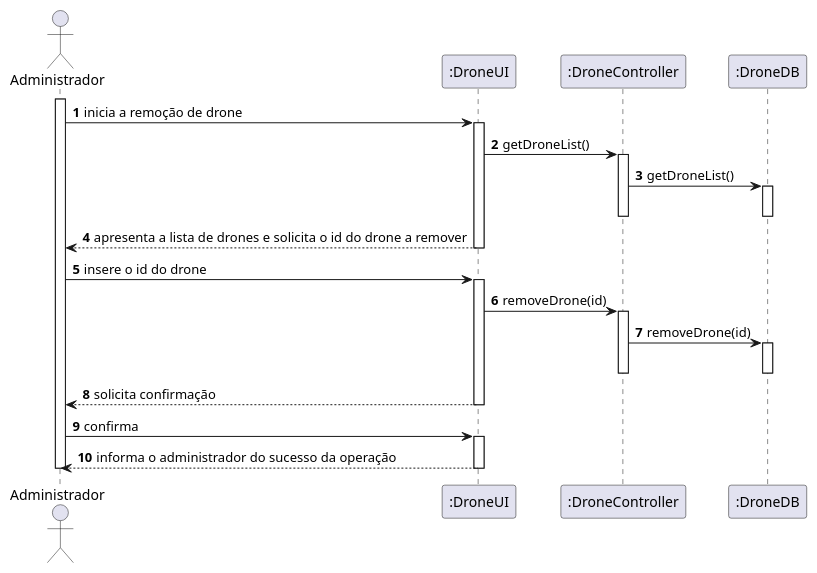
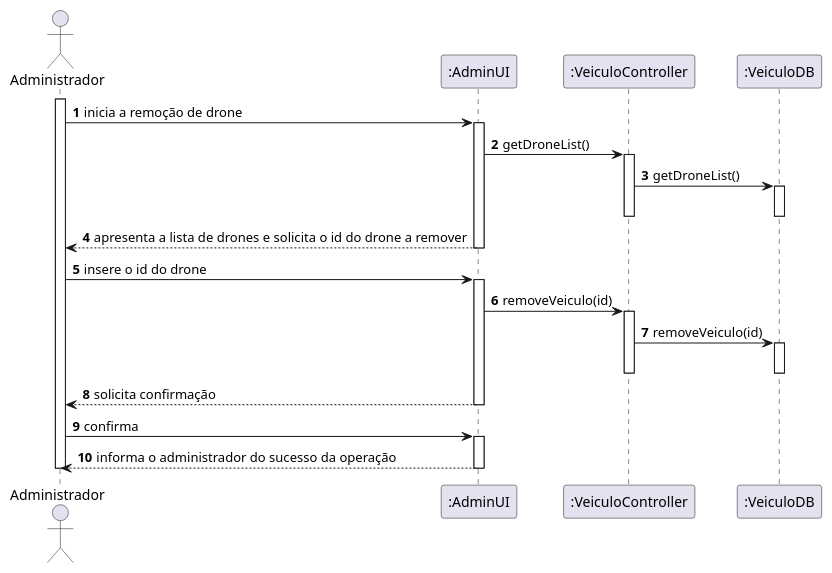
The diagram in docs/UC17/UC17_RemoverDrone_SD.puml (pedrolemos4/LAPR3), drawn with PlantUML before and after one commit. The commit also changed 7 other files, not shown here.

```diff
--- a/docs/UC17/UC17_RemoverDrone_SD.puml
+++ b/docs/UC17/UC17_RemoverDrone_SD.puml
@@ -1,42 +1,42 @@
 @startuml
 autonumber
 
 actor "Administrador" as ADMIN
 
-participant ":DroneUI" as UI
-participant ":DroneController" as CTRL
-participant ":DroneDB" as DRDB
+participant ":AdminUI" as UI
+participant ":VeiculoController" as CTRL
+participant ":VeiculoDB" as DRDB
 
 
 activate ADMIN
 ADMIN -> UI : inicia a remoção de drone
 activate UI
 UI -> CTRL : getDroneList()
 activate CTRL
 
 CTRL -> DRDB : getDroneList()
 activate DRDB
 deactivate DRDB
 deactivate CTRL
   
 UI --> ADMIN : apresenta a lista de drones e solicita o id do drone a remover
 deactivate UI
 
 ADMIN -> UI : insere o id do drone
 activate UI 
-UI -> CTRL : removeDrone(id)
+UI -> CTRL : removeVeiculo(id)
 activate CTRL
-CTRL -> DRDB : removeDrone(id)
+CTRL -> DRDB : removeVeiculo(id)
 activate DRDB
 deactivate DRDB
 deactivate CTRL
 UI --> ADMIN : solicita confirmação
 deactivate UI
 
 ADMIN -> UI : confirma
 activate UI
 UI --> ADMIN : informa o administrador do sucesso da operação
 deactivate UI
 deactivate ADMIN
 
 @enduml
```
